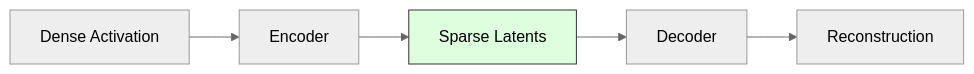
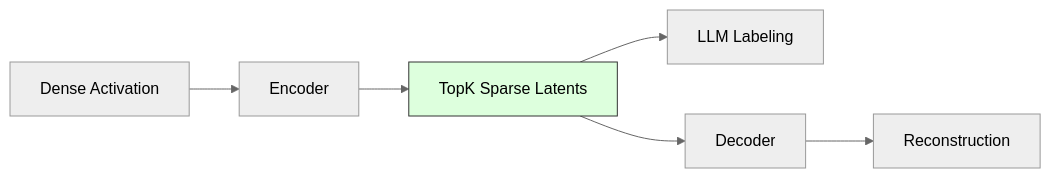
One commit to sadhumitha-s/DT-Circuits changed the first of 2 diagrams in docs/sae_steering.md. Above: the diagram before and after it, drawn with Mermaid (neutral theme). The commit also changed other lines of this file and 12 other files, not shown here.

````diff
--- a/docs/sae_steering.md
+++ b/docs/sae_steering.md
@@ -9,9 +15,10 @@
 ```mermaid
 graph LR
     Act[Dense Activation] --> Enc[Encoder]
-    Enc --> Lat[Sparse Latents]
+    Enc --> Lat[TopK Sparse Latents]
+    Lat --> NLA[LLM Labeling]
     Lat --> Dec[Decoder]
     Dec --> Rec[Reconstruction]
     
     style Lat fill:#dfd,stroke:#333
 ```
````
